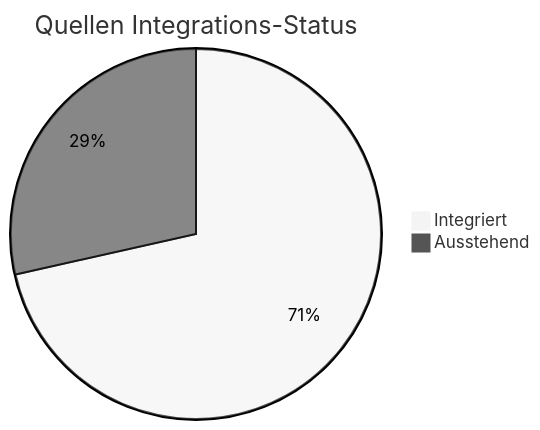
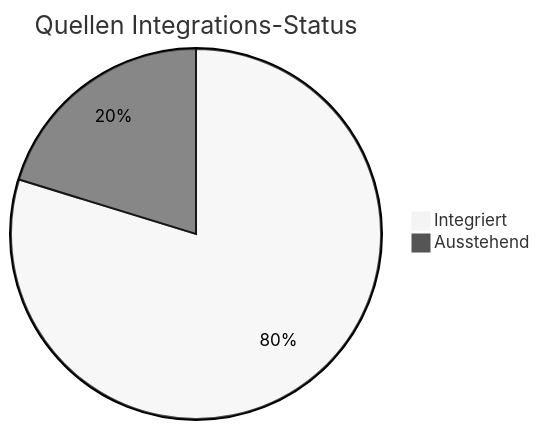
The first of 4 diagrams in Siebenwind_Wiki/10_Archiv/Wiki_Statistiken.md (Siebenwind/7w_wiki), drawn with Mermaid (neutral theme) before and after one commit. The commit also changed other lines of this file and 28 other files, not shown here.

````diff
--- a/Siebenwind_Wiki/10_Archiv/Wiki_Statistiken.md
+++ b/Siebenwind_Wiki/10_Archiv/Wiki_Statistiken.md
@@ -24,5 +24,5 @@
 ```mermaid
 pie title Quellen Integrations-Status
-    "Integriert" : 173
-    "Ausstehend" : 69
+    "Integriert" : 193
+    "Ausstehend" : 49
 ```
````
